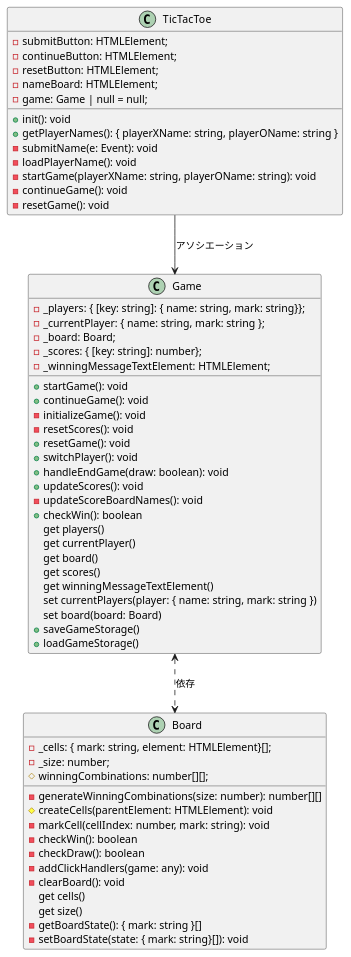
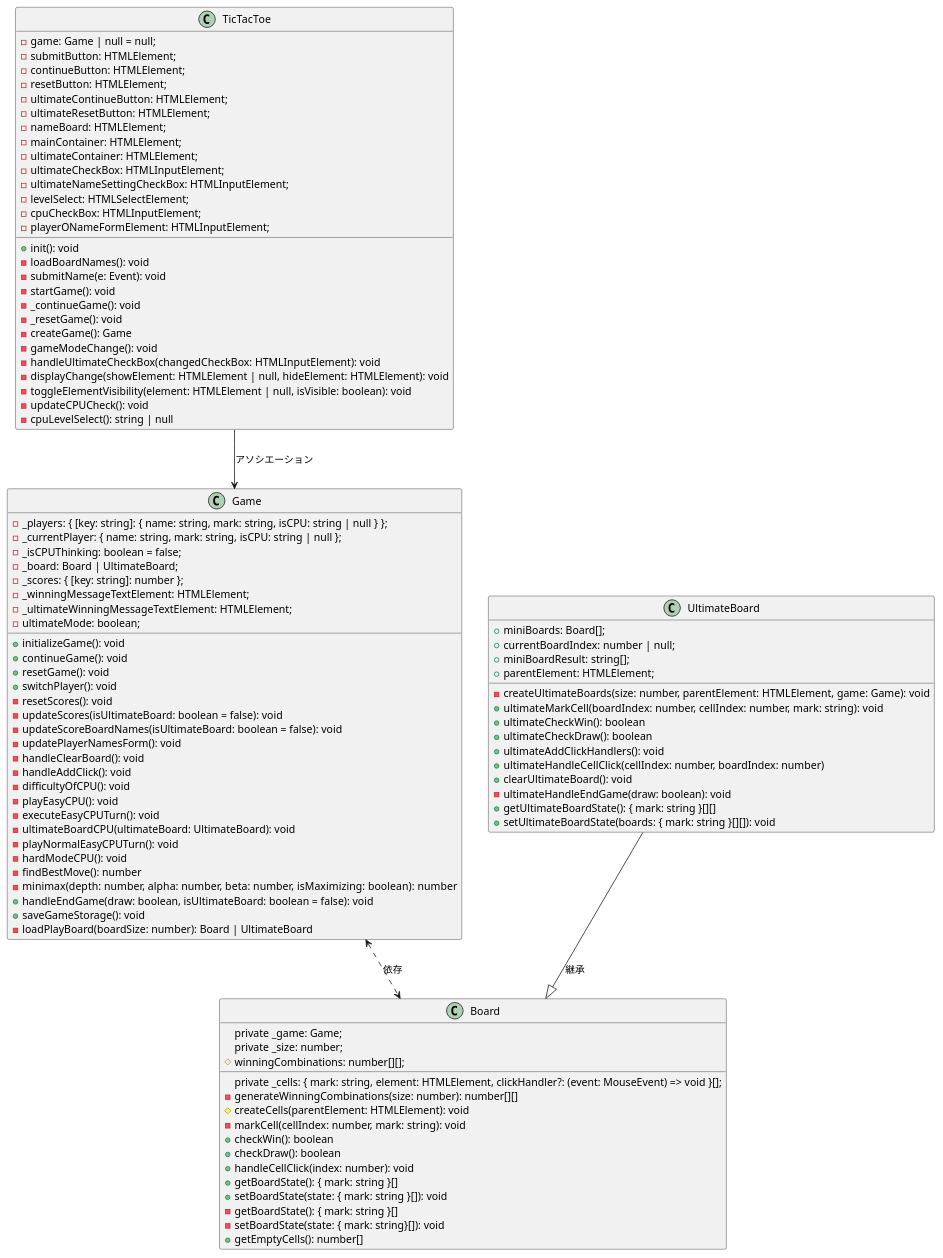
The diagram in plantUML/ClassDiagram.puml (Test-Team-B/work-space), drawn with PlantUML before and after one commit. The commit also changed 8 other files, not shown here.

```diff
--- a/plantUML/ClassDiagram.puml
+++ b/plantUML/ClassDiagram.puml
@@ -1,65 +1,103 @@
 @startuml work-space
 class TicTacToe {
+    - game: Game | null = null;
     - submitButton: HTMLElement;
     - continueButton: HTMLElement;
     - resetButton: HTMLElement;
+    - ultimateContinueButton: HTMLElement;
+    - ultimateResetButton: HTMLElement;
     - nameBoard: HTMLElement;
-    - game: Game | null = null;
+    - mainContainer: HTMLElement;
+    - ultimateContainer: HTMLElement;
+    - ultimateCheckBox: HTMLInputElement;
+    - ultimateNameSettingCheckBox: HTMLInputElement;
+    - levelSelect: HTMLSelectElement;
+    - cpuCheckBox: HTMLInputElement;
+    - playerONameFormElement: HTMLInputElement;
     + init(): void
-    + getPlayerNames(): { playerXName: string, playerOName: string }
+    - loadBoardNames(): void
     - submitName(e: Event): void
-    - loadPlayerName(): void 
-    - startGame(playerXName: string, playerOName: string): void
-    - continueGame(): void
-    - resetGame(): void
+    - startGame(): void
+    - _continueGame(): void
+    - _resetGame(): void
+    - createGame(): Game
+    - gameModeChange(): void
+    - handleUltimateCheckBox(changedCheckBox: HTMLInputElement): void
+    - displayChange(showElement: HTMLElement | null, hideElement: HTMLElement): void
+    - toggleElementVisibility(element: HTMLElement | null, isVisible: boolean): void
+    - updateCPUCheck(): void
+    - cpuLevelSelect(): string | null
 }
 
 class Game {
-    - _players: { [key: string]: { name: string, mark: string}};
-    - _currentPlayer: { name: string, mark: string };
-    - _board: Board;
-    - _scores: { [key: string]: number};
+    - _players: { [key: string]: { name: string, mark: string, isCPU: string | null } };
+    - _currentPlayer: { name: string, mark: string, isCPU: string | null };
+    - _isCPUThinking: boolean = false;
+    - _board: Board | UltimateBoard;
+    - _scores: { [key: string]: number };
     - _winningMessageTextElement: HTMLElement;
-    + startGame(): void
-    + continueGame(): void 
-    - initializeGame(): void 
-    - resetScores(): void 
-    + resetGame(): void 
-    + switchPlayer(): void 
-    + handleEndGame(draw: boolean): void 
-    + updateScores(): void 
-    - updateScoreBoardNames(): void 
-    + checkWin(): boolean 
-    get players() 
-    get currentPlayer() 
-    get board() 
-    get scores() 
-    get winningMessageTextElement() 
-    set currentPlayers(player: { name: string, mark: string }) 
-    set board(board: Board) 
-    + saveGameStorage() 
-    + loadGameStorage() 
+    - _ultimateWinningMessageTextElement: HTMLElement;
+    - ultimateMode: boolean;
+    + initializeGame(): void
+    + continueGame(): void
+    + resetGame(): void
+    + switchPlayer(): void
+    - resetScores(): void
+    - updateScores(isUltimateBoard: boolean = false): void
+    - updateScoreBoardNames(isUltimateBoard: boolean = false): void
+    - updatePlayerNamesForm(): void
+    - handleClearBoard(): void
+    - handleAddClick(): void
+    - difficultyOfCPU(): void
+    - playEasyCPU(): void
+    - executeEasyCPUTurn(): void
+    - ultimateBoardCPU(ultimateBoard: UltimateBoard): void
+    - playNormalEasyCPUTurn(): void
+    - hardModeCPU(): void
+    - findBestMove(): number
+    - minimax(depth: number, alpha: number, beta: number, isMaximizing: boolean): number
+    + handleEndGame(draw: boolean, isUltimateBoard: boolean = false): void
+    + saveGameStorage(): void
+    - loadPlayBoard(boardSize: number): Board | UltimateBoard
 }
 
 class Board {
-    - _cells: { mark: string, element: HTMLElement}[];
-    - _size: number;
+    private _game: Game;
+    private _cells: { mark: string, element: HTMLElement, clickHandler?: (event: MouseEvent) => void }[];
+    private _size: number;
     # winningCombinations: number[][];
-    - generateWinningCombinations(size: number): number[][] 
-    # createCells(parentElement: HTMLElement): void 
-    - markCell(cellIndex: number, mark: string): void 
-    - checkWin(): boolean 
-    - checkDraw(): boolean 
-    - addClickHandlers(game: any): void 
-    - clearBoard(): void 
-    get cells() 
-    get size() 
+    - generateWinningCombinations(size: number): number[][]
+    # createCells(parentElement: HTMLElement): void
+    - markCell(cellIndex: number, mark: string): void
+    + checkWin(): boolean
+    + checkDraw(): boolean
+    + handleCellClick(index: number): void
+    + getBoardState(): { mark: string }[]
+    + setBoardState(state: { mark: string }[]): void
     - getBoardState(): { mark: string }[]
-    - setBoardState(state: { mark: string}[]): void 
+    - setBoardState(state: { mark: string}[]): void
+    + getEmptyCells(): number[]
+}
+
+class UltimateBoard {
+    + miniBoards: Board[];
+    + currentBoardIndex: number | null;
+    + miniBoardResult: string[];
+    + parentElement: HTMLElement;
+    - createUltimateBoards(size: number, parentElement: HTMLElement, game: Game): void
+    + ultimateMarkCell(boardIndex: number, cellIndex: number, mark: string): void
+    + ultimateCheckWin(): boolean
+    + ultimateCheckDraw(): boolean
+    + ultimateAddClickHandlers(): void
+    + ultimateHandleCellClick(cellIndex: number, boardIndex: number)
+    + clearUltimateBoard(): void
+    - ultimateHandleEndGame(draw: boolean): void
+    + getUltimateBoardState(): { mark: string }[][]
+    + setUltimateBoardState(boards: { mark: string }[][]): void
 }
 
 TicTacToe --> Game : アソシエーション
-
 Game <..> Board : 依存
+UltimateBoard --|> Board : 継承
 
 @enduml
```
